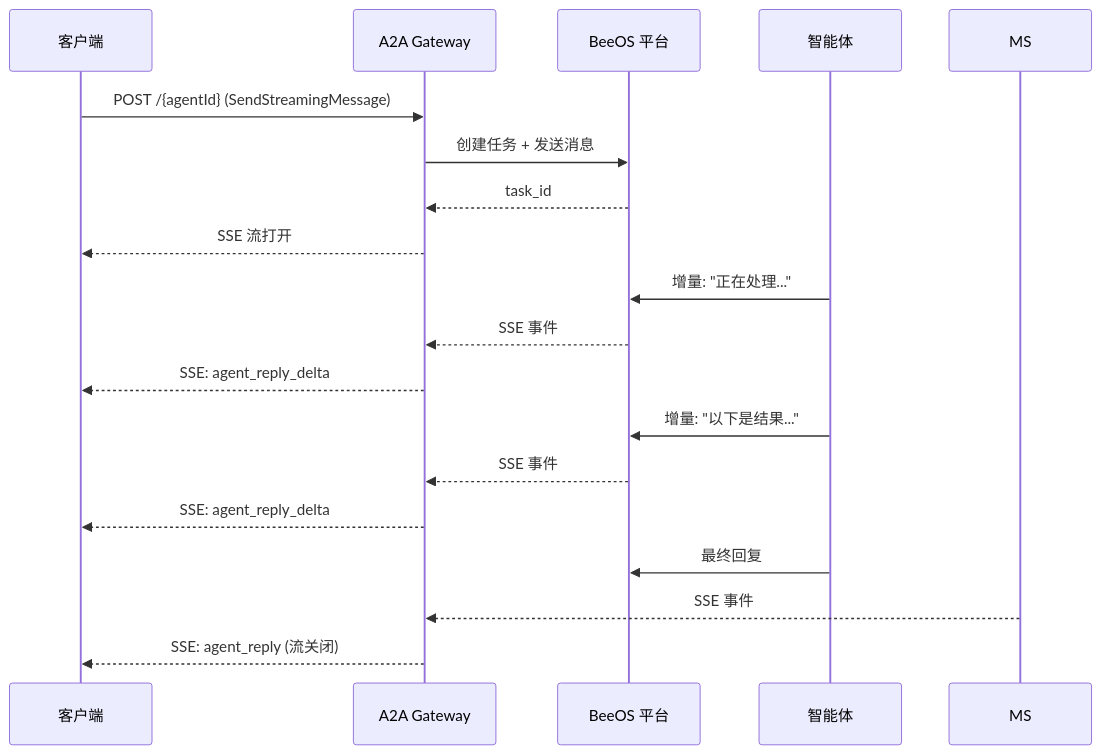
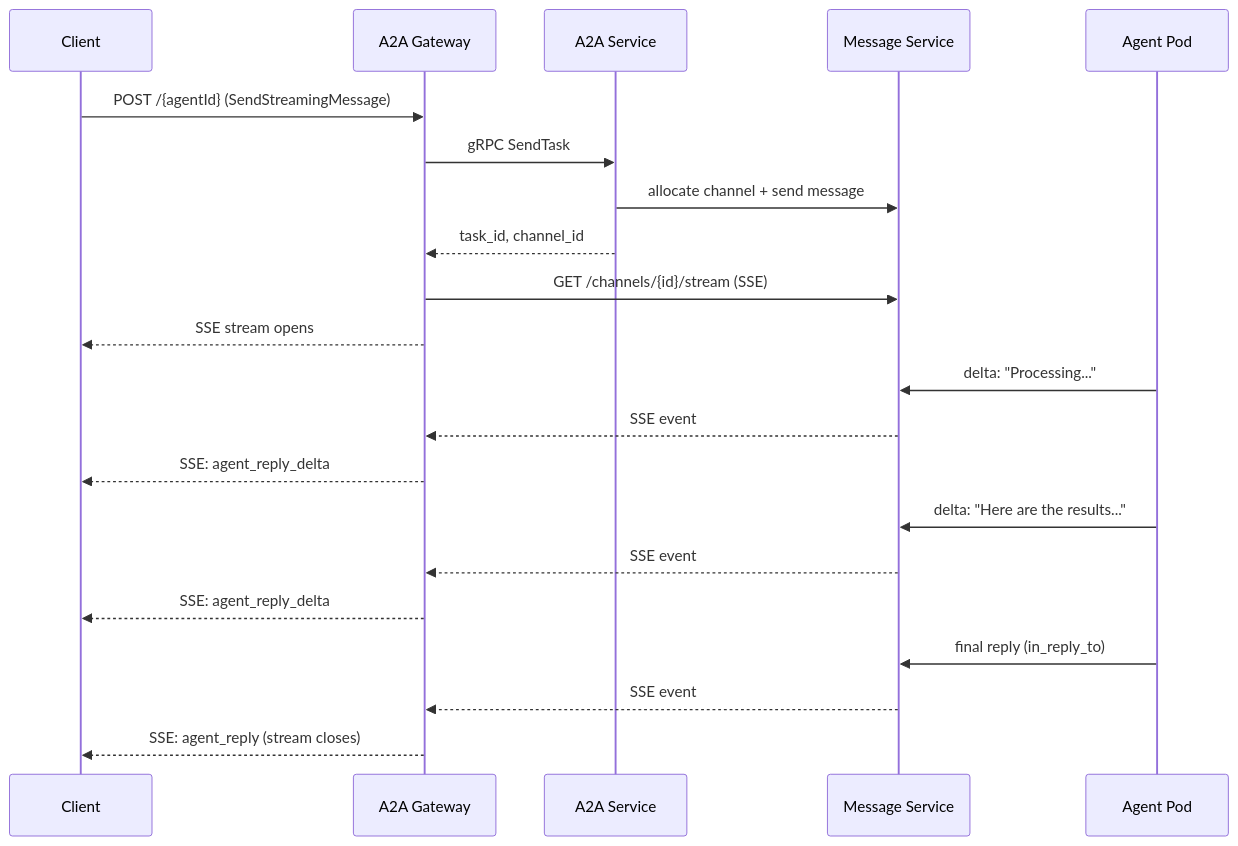
The diagram in zh/a2a/streaming.mdx (beeos-ai/beeos-docs), drawn with Mermaid before and after one commit. The commit also changed other lines of this file and 10 other files, not shown here.

````diff
--- a/zh/a2a/streaming.mdx
+++ b/zh/a2a/streaming.mdx
@@ -11,24 +18,27 @@
 ```mermaid
 sequenceDiagram
-    participant Client as 客户端
+    participant Client
     participant A2AGW as A2A Gateway
-    participant BeeOS as BeeOS 平台
-    participant Agent as 智能体
+    participant A2ASvc as A2A Service
+    participant MS as Message Service
+    participant Agent as Agent Pod
 
     Client->>A2AGW: POST /{agentId} (SendStreamingMessage)
-    A2AGW->>BeeOS: 创建任务 + 发送消息
-    BeeOS-->>A2AGW: task_id
-    A2AGW-->>Client: SSE 流打开
+    A2AGW->>A2ASvc: gRPC SendTask
+    A2ASvc->>MS: allocate channel + send message
+    A2ASvc-->>A2AGW: task_id, channel_id
+    A2AGW->>MS: GET /channels/{id}/stream (SSE)
+    A2AGW-->>Client: SSE stream opens
 
-    Agent->>BeeOS: 增量: "正在处理..."
-    BeeOS-->>A2AGW: SSE 事件
+    Agent->>MS: delta: "Processing..."
+    MS-->>A2AGW: SSE event
     A2AGW-->>Client: SSE: agent_reply_delta
 
-    Agent->>BeeOS: 增量: "以下是结果..."
-    BeeOS-->>A2AGW: SSE 事件
+    Agent->>MS: delta: "Here are the results..."
+    MS-->>A2AGW: SSE event
     A2AGW-->>Client: SSE: agent_reply_delta
 
-    Agent->>BeeOS: 最终回复
-    MS-->>A2AGW: SSE 事件
-    A2AGW-->>Client: SSE: agent_reply (流关闭)
+    Agent->>MS: final reply (in_reply_to)
+    MS-->>A2AGW: SSE event
+    A2AGW-->>Client: SSE: agent_reply (stream closes)
 ```
````
